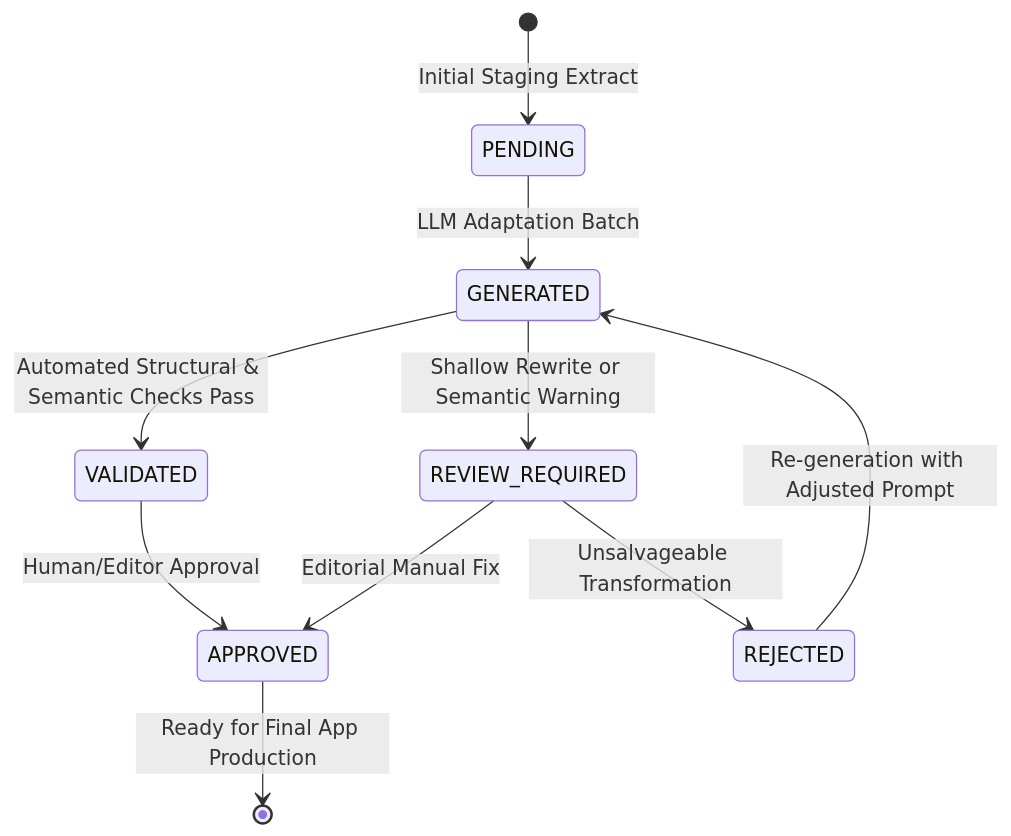
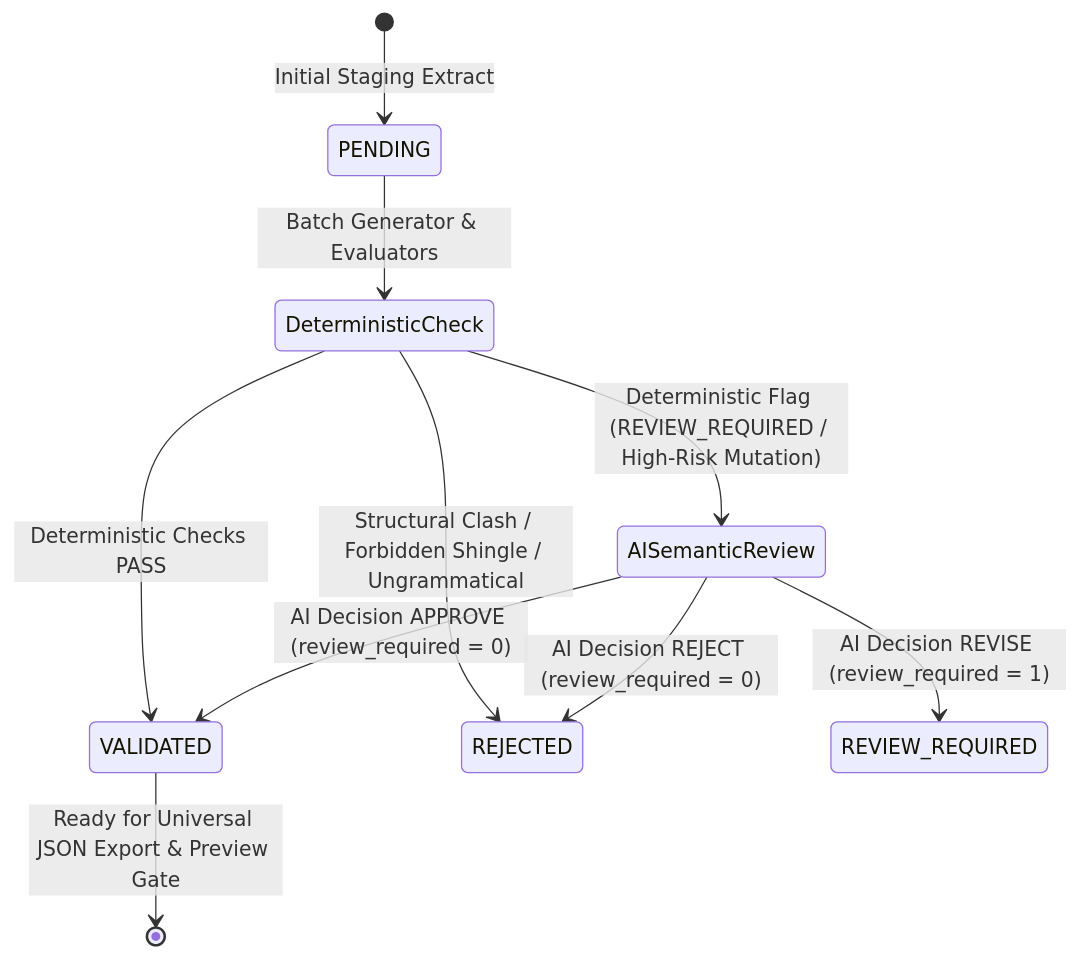
Before and after one commit to sway-nick/EnglishBreakfastGrammar: the second of 3 diagrams in docs/TASK-010B_ADAPTATION_SPEC.md, drawn with Mermaid. The commit also changed other lines of this file and 5 other files, not shown here.

Commit message:
feat(adaptation): finalize automatic AI-review status flow (TASK-012A)

````diff
--- a/docs/TASK-010B_ADAPTATION_SPEC.md
+++ b/docs/TASK-010B_ADAPTATION_SPEC.md
@@ -101,12 +104,15 @@
 ```mermaid
 stateDiagram-v2
     [*] --> PENDING: Initial Staging Extract
-    PENDING --> GENERATED: LLM Adaptation Batch
-    GENERATED --> VALIDATED: Automated Structural & Semantic Checks Pass
-    GENERATED --> REVIEW_REQUIRED: Shallow Rewrite or Semantic Warning
-    VALIDATED --> APPROVED: Human/Editor Approval
-    REVIEW_REQUIRED --> APPROVED: Editorial Manual Fix
-    REVIEW_REQUIRED --> REJECTED: Unsalvageable Transformation
-    REJECTED --> GENERATED: Re-generation with Adjusted Prompt
-    APPROVED --> [*]: Ready for Final App Production
+    PENDING --> DeterministicCheck: Batch Generator & Evaluators
+    
+    DeterministicCheck --> VALIDATED: Deterministic Checks PASS
+    DeterministicCheck --> REJECTED: Structural Clash / Forbidden Shingle / Ungrammatical
+    DeterministicCheck --> AISemanticReview: Deterministic Flag (REVIEW_REQUIRED / High-Risk Mutation)
+    
+    AISemanticReview --> VALIDATED: AI Decision APPROVE (review_required = 0)
+    AISemanticReview --> REVIEW_REQUIRED: AI Decision REVISE (review_required = 1)
+    AISemanticReview --> REJECTED: AI Decision REJECT (review_required = 0)
+    
+    VALIDATED --> [*]: Ready for Universal JSON Export & Preview Gate
 ```
````
